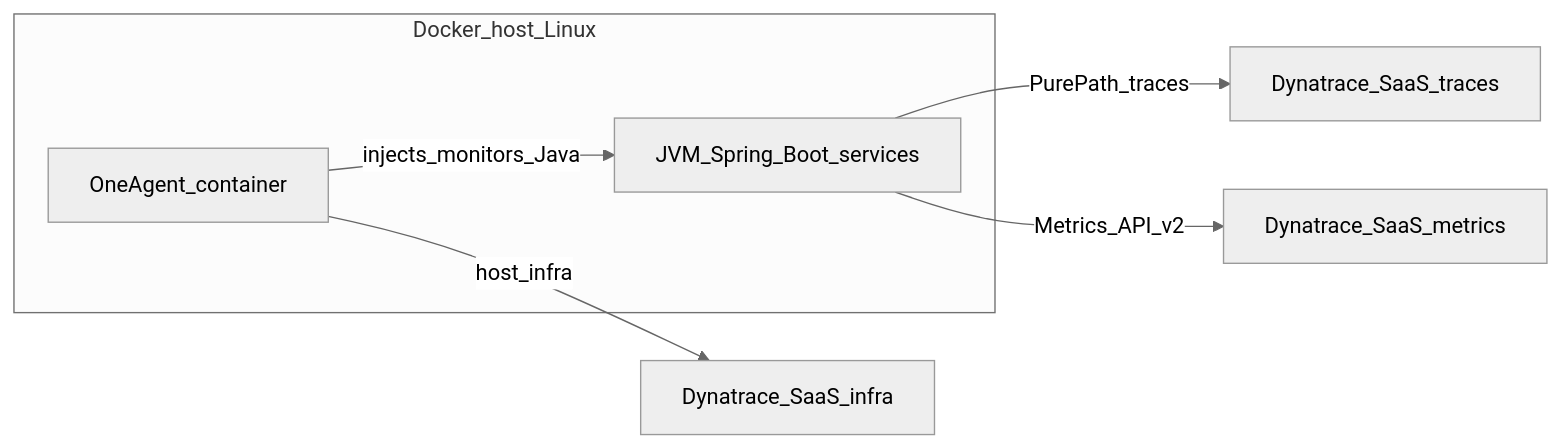
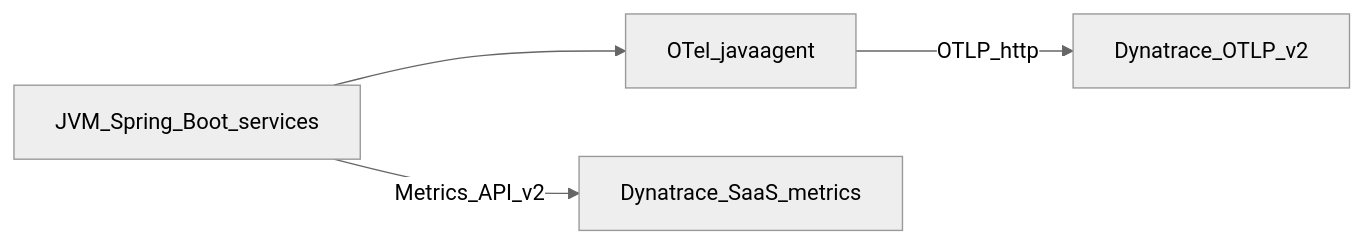
The diagram in docs/DYNATRACE-POC.md (josalero/traceability-monitoring-spring-boot-3), drawn with Mermaid (neutral theme) before and after one commit. The commit also changed other lines of this file and 9 other files, not shown here.

````diff
--- a/docs/DYNATRACE-POC.md
+++ b/docs/DYNATRACE-POC.md
@@ -14,11 +16,8 @@
 ```mermaid
 flowchart LR
-  subgraph docker [Docker_host_Linux]
-    OA[OneAgent_container]
-    JVM[JVM_Spring_Boot_services]
-  end
-  OA -->|"injects_monitors_Java"| JVM
-  JVM -->|"PurePath_traces"| DTtrace[Dynatrace_SaaS_traces]
+  JVM[JVM_Spring_Boot_services]
+  AGENT[OTel_javaagent]
+  JVM --> AGENT
+  AGENT -->|"OTLP_http"| DTotlp[Dynatrace_OTLP_v2]
   JVM -->|"Metrics_API_v2"| DTmetrics[Dynatrace_SaaS_metrics]
-  OA -->|"host_infra"| DTinfra[Dynatrace_SaaS_infra]
 ```
````
